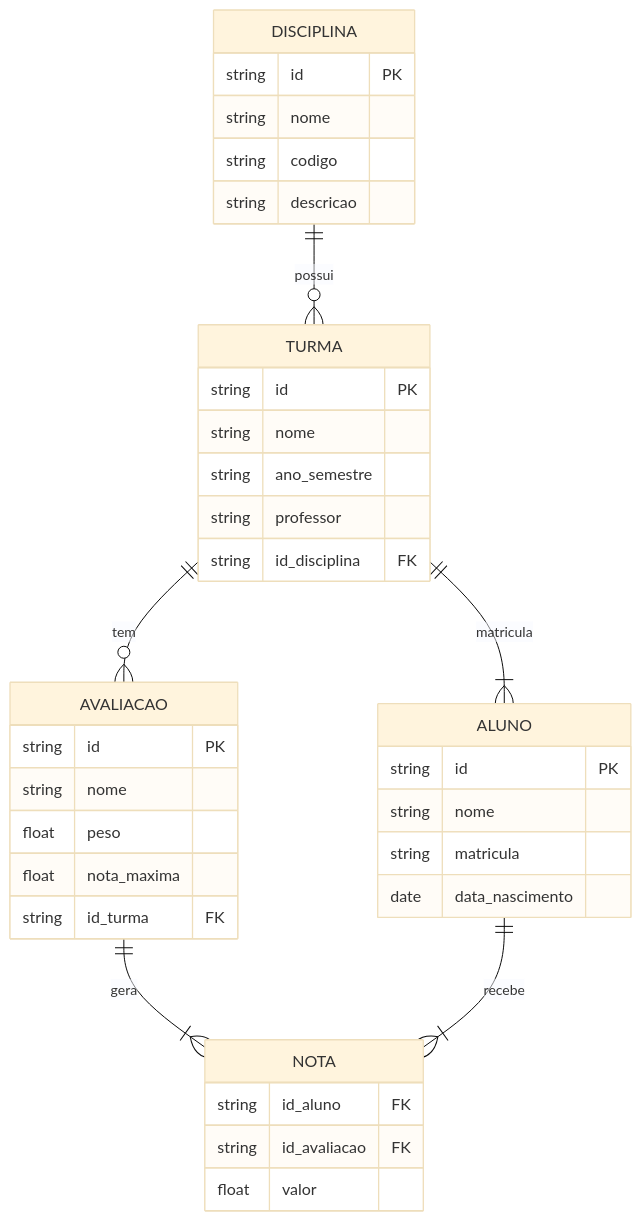
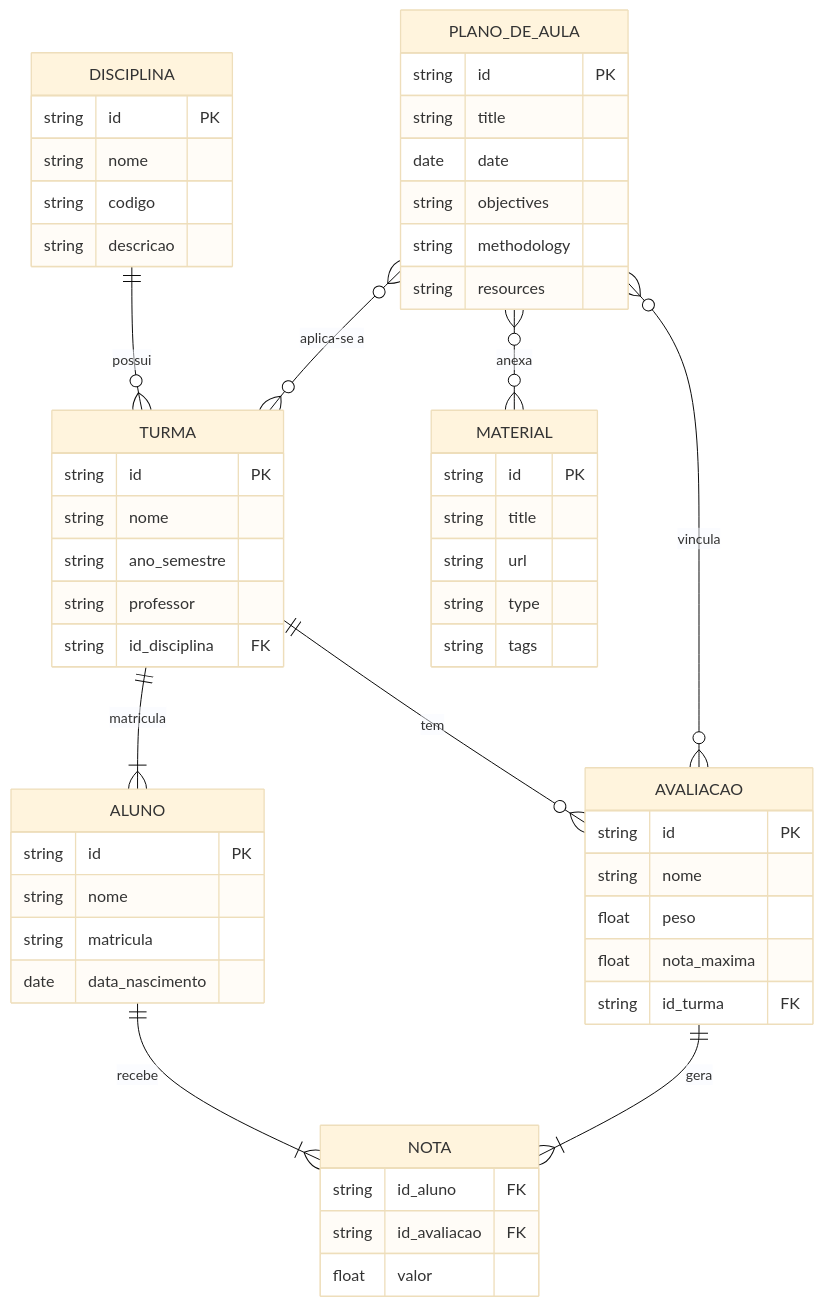
Before and after one commit to Estagiarius/agenda-pessoal: the first of 2 diagrams in docs/diagrams.md, drawn with Mermaid (base theme). The commit also changed other lines of this file and 6 other files, not shown here.

````diff
--- a/docs/diagrams.md
+++ b/docs/diagrams.md
@@ -7,44 +7,65 @@
 ```mermaid
 erDiagram
     DISCIPLINA ||--o{ TURMA : "possui"
     TURMA ||--|{ ALUNO : "matricula"
     TURMA ||--o{ AVALIACAO : "tem"
     AVALIACAO ||--|{ NOTA : "gera"
     ALUNO ||--|{ NOTA : "recebe"
+
+    PLANO_DE_AULA }o--o{ TURMA : "aplica-se a"
+    PLANO_DE_AULA }o--o{ MATERIAL : "anexa"
+    PLANO_DE_AULA }o--o{ AVALIACAO : "vincula"
 
     DISCIPLINA {
         string id PK
         string nome
         string codigo
         string descricao
     }
 
     TURMA {
         string id PK
         string nome
         string ano_semestre
         string professor
         string id_disciplina FK
     }
 
     ALUNO {
         string id PK
         string nome
         string matricula
         date data_nascimento
     }
 
     AVALIACAO {
         string id PK
         string nome
         float peso
         float nota_maxima
         string id_turma FK
     }
 
     NOTA {
         string id_aluno FK
         string id_avaliacao FK
         float valor
     }
+
+    PLANO_DE_AULA {
+        string id PK
+        string title
+        date date
+        string objectives
+        string methodology
+        string resources
+    }
+
+    MATERIAL {
+        string id PK
+        string title
+        string url
+        string type
+        string tags
+    }
 ```
````
